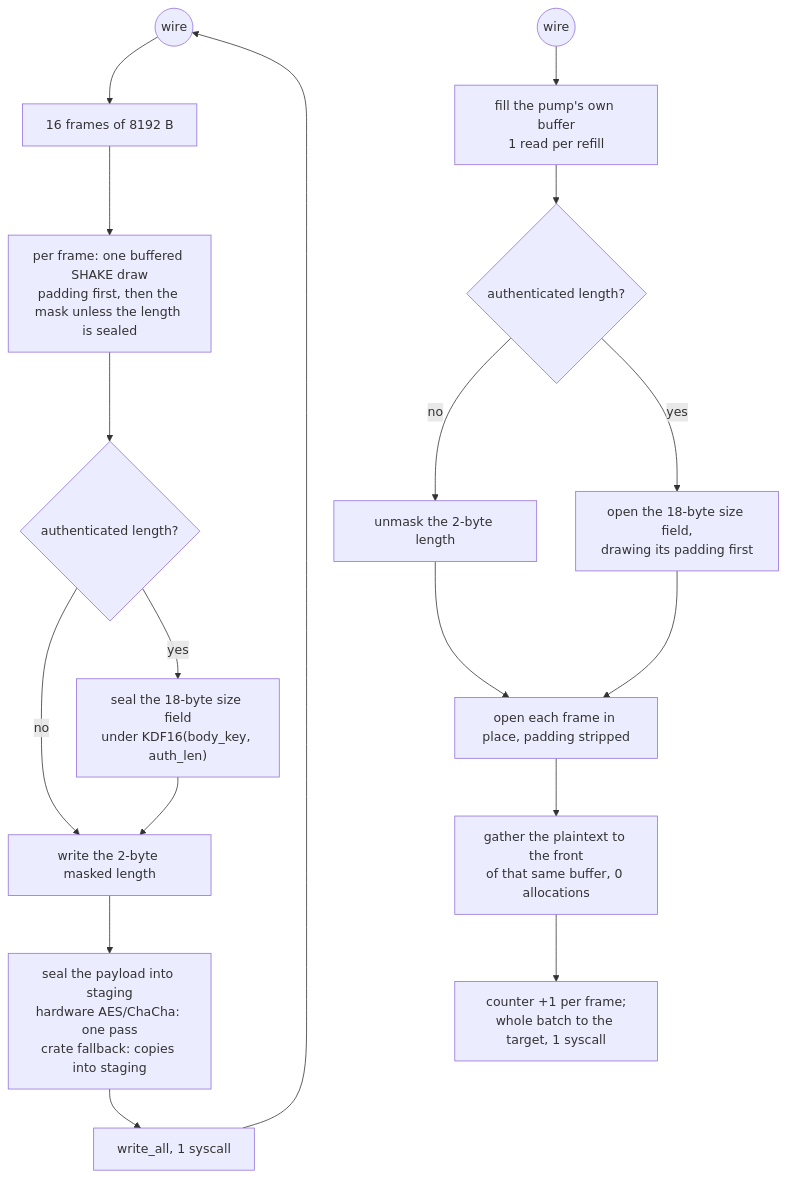
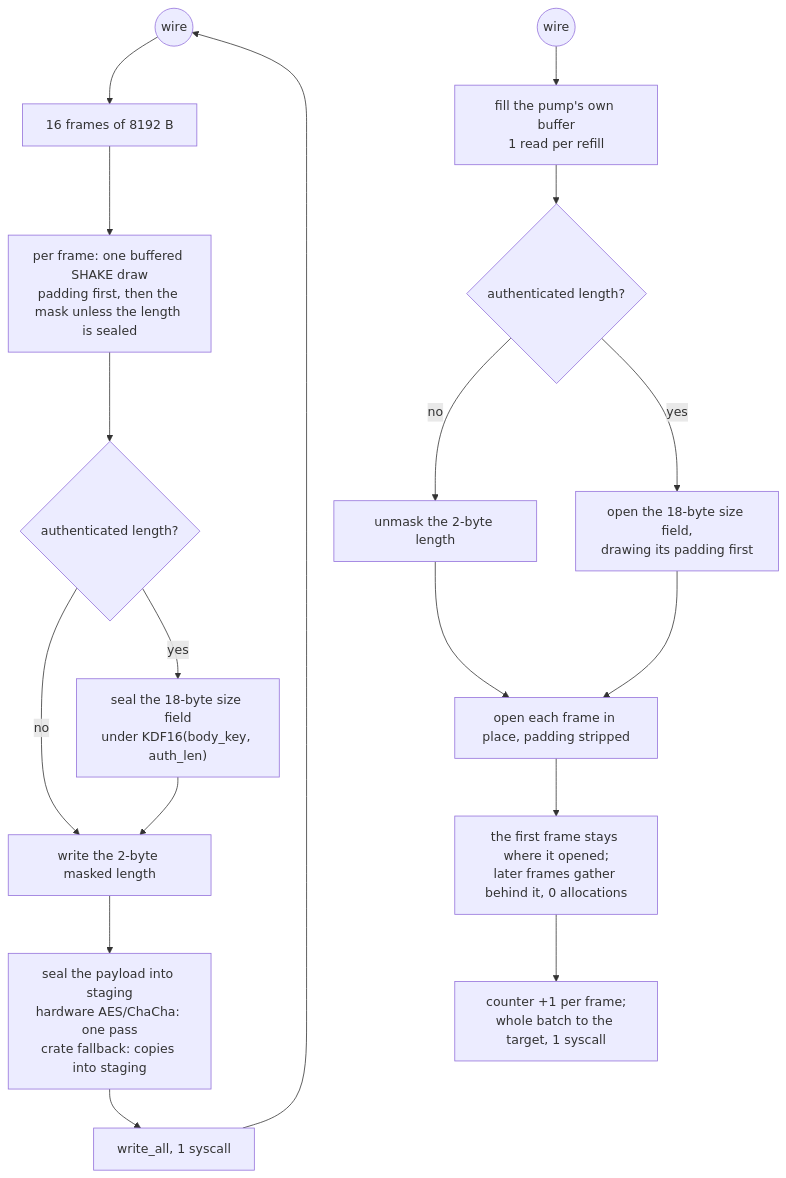
Before and after one commit to Ferrocite/ferrox: the diagram in docs/function/vmess.md, drawn with Mermaid.

Commit message:
vmess: draw the read path as it ships

````diff
--- a/docs/function/vmess.md
+++ b/docs/function/vmess.md
@@ -29,20 +29,20 @@
 ```mermaid
 graph TD
     W["plaintext read, 128 KiB"] --> W1["16 frames of 8192 B"]
     W1 --> W2["per frame: one buffered SHAKE draw<br/>padding first, then the mask unless the length is sealed"]
     W2 --> W2A{"authenticated length?"}
     W2A -->|no| W3["write the 2-byte masked length"]
     W2A -->|yes| W2B["seal the 18-byte size field<br/>under KDF16(body_key, auth_len)"]
     W2B --> W3
     W3 --> W4["seal the payload into staging<br/>hardware AES/ChaCha: one pass<br/>crate fallback: copies into staging"]
     W4 --> W5["write_all, 1 syscall"]
     W5 --> W(("wire"))
     R(("wire")) --> R1["fill the pump's own buffer<br/>1 read per refill"]
     R1 --> R2{"authenticated length?"}
     R2 -->|no| R2A["unmask the 2-byte length"]
     R2 -->|yes| R2B["open the 18-byte size field,<br/>drawing its padding first"]
     R2A --> R3["open each frame in place, padding stripped"]
     R2B --> R3
-    R3 --> R4["gather the plaintext to the front<br/>of that same buffer, 0 allocations"]
+    R3 --> R4["the first frame stays where it opened;<br/>later frames gather behind it, 0 allocations"]
     R4 --> R5["counter +1 per frame;<br/>whole batch to the target, 1 syscall"]
 ```
````
